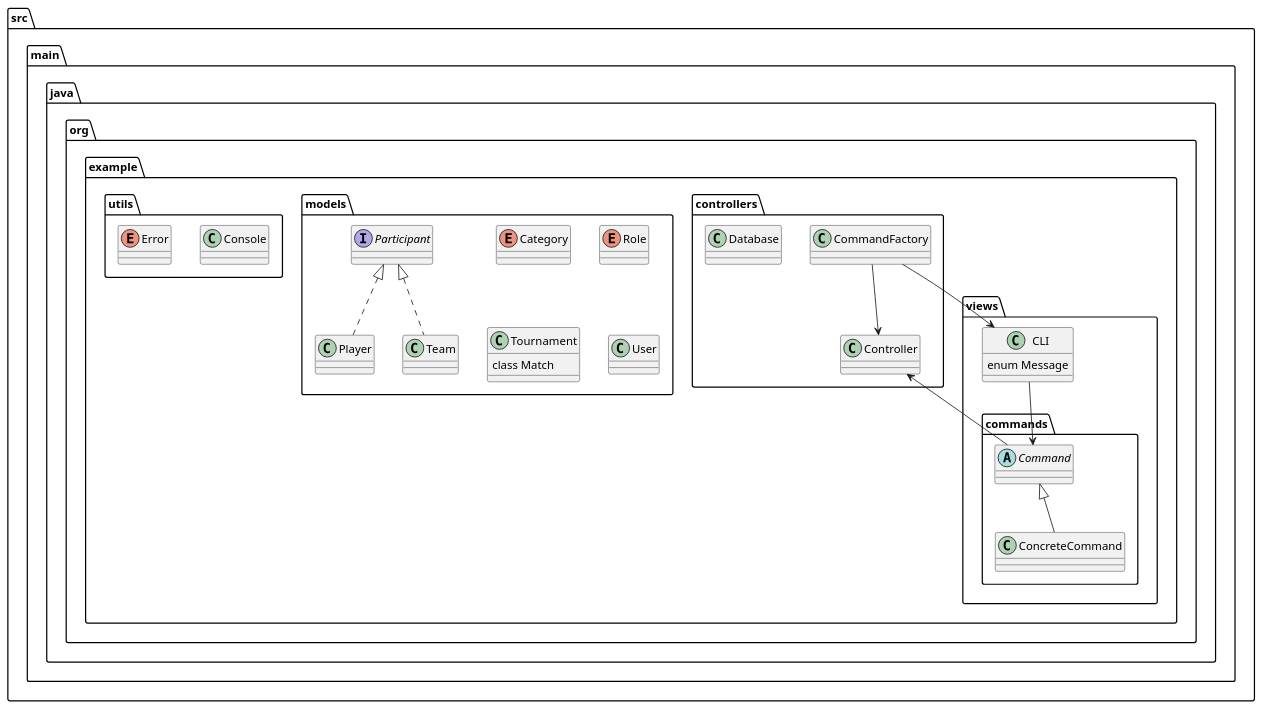
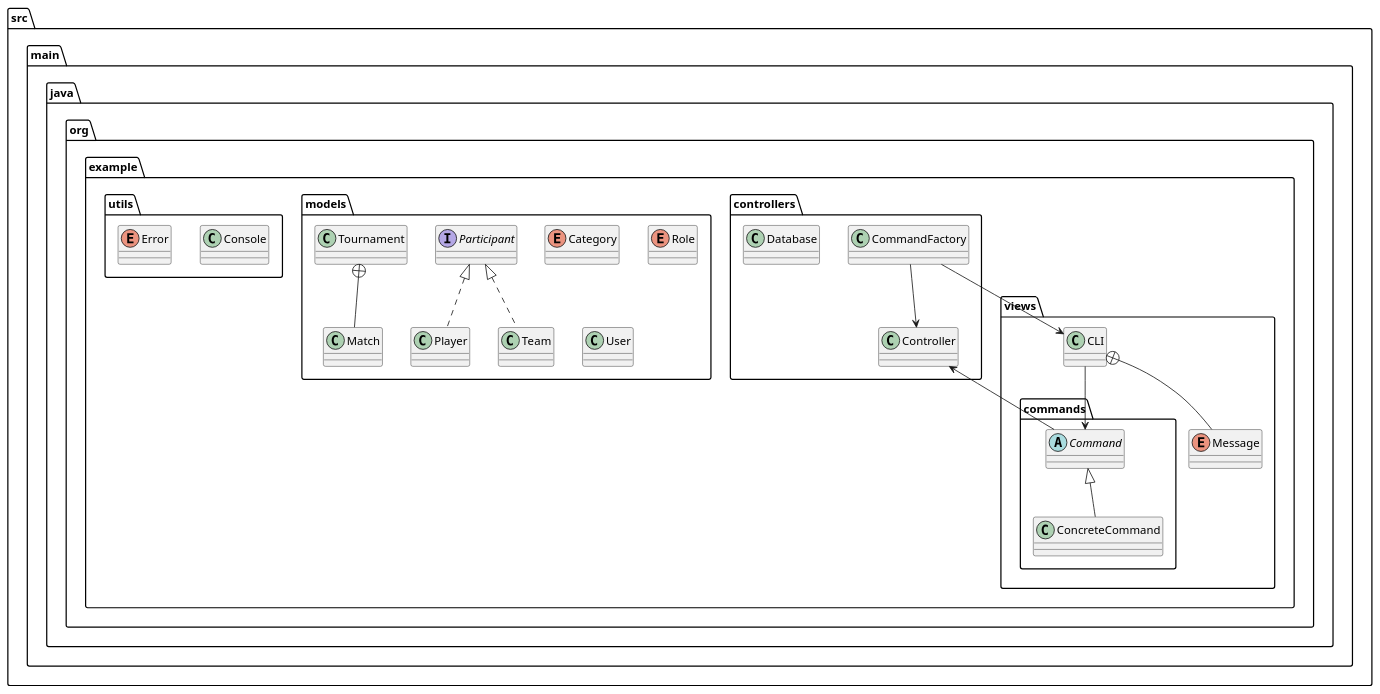
One commit to kareiku/poo-practica changed the diagram in diagram.puml. Above: the diagram before and after it, drawn with PlantUML.

Commit message:
UML: fixed inner-outer classes relationships.

```diff
--- a/diagram.puml
+++ b/diagram.puml
@@ -1,43 +1,44 @@
 @startuml
 
 package src.main.java.org.example {
     package controllers {
         class CommandFactory
         class Controller
         class Database
     }
 
     package models {
         enum Category
         interface Participant
         class Player implements Participant
         enum Role
         class Team implements Participant
-        class Tournament {
-            class Match
-        }
+        class Tournament
+        class Match
         class User
     }
 
     package utils {
         class Console
         enum Error
     }
 
     package views {
         package commands {
             abstract Command
             class ConcreteCommand extends Command
         }
-        class CLI {
-            enum Message
-        }
+        class CLI
+        enum Message
     }
 }
+
+Tournament +-- Match
+CLI +-- Message
 
 CommandFactory --> CLI
 CommandFactory --> Controller
 CLI --> Command
 Command --> Controller
 
 @enduml
```
